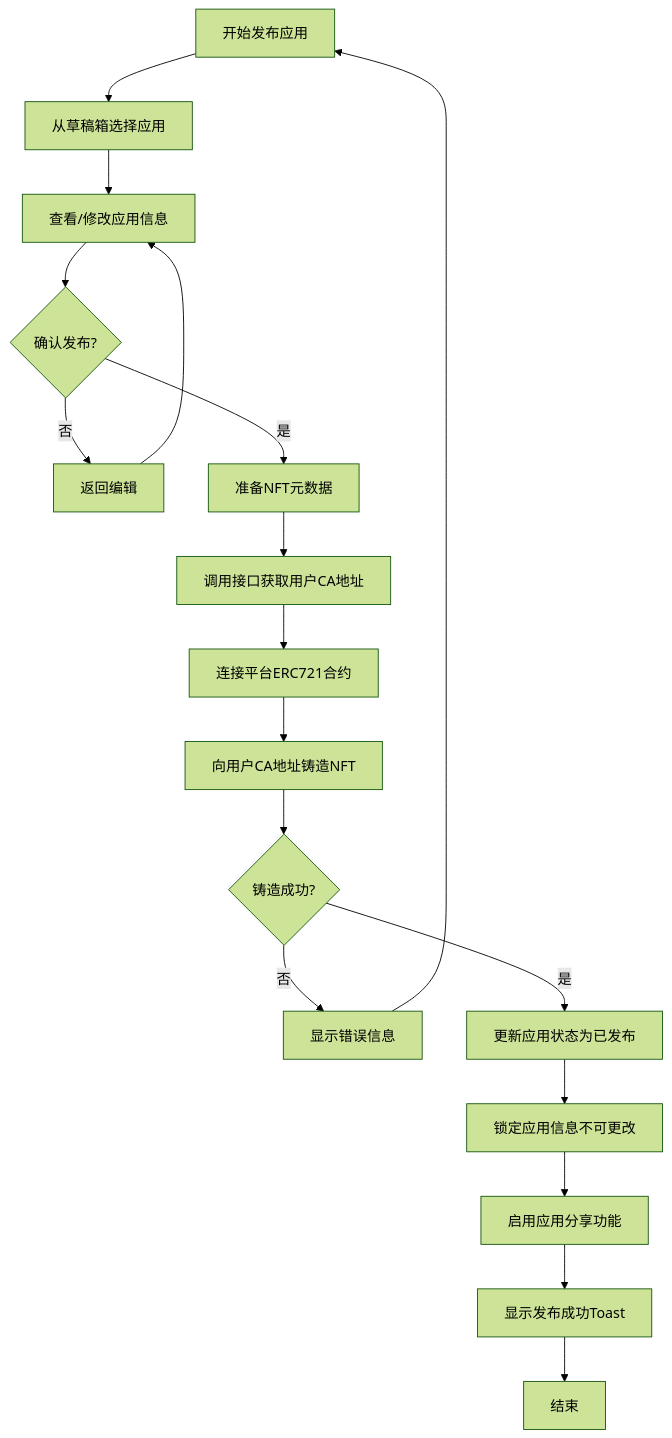
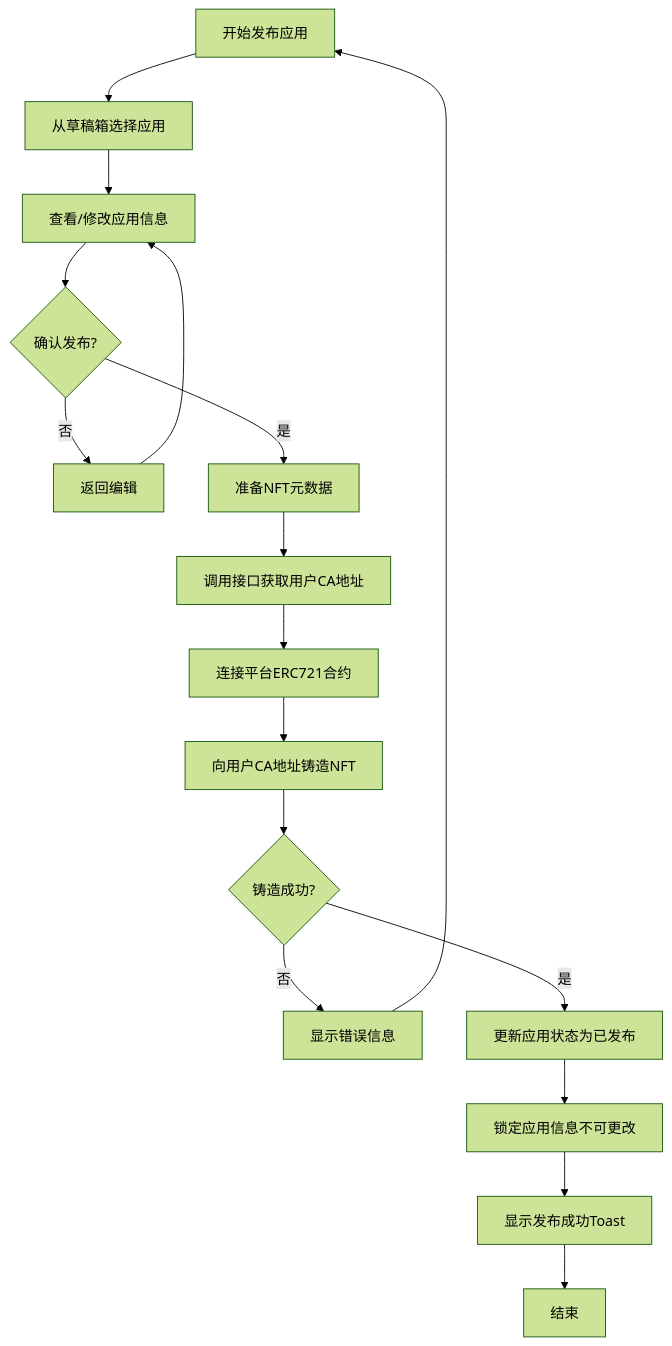
Before and after one commit to yingjianzh/iodraw-files: the diagram in all/未命名-65.md, drawn with Mermaid (forest theme).

Commit message:
2025-05-22 11:22:19 update

````diff
--- a/all/未命名-65.md
+++ b/all/未命名-65.md
@@ -1,20 +1,19 @@
 ```mermaid
 flowchart TD
     A[开始发布应用] --> B[从草稿箱选择应用]
     B --> C[查看/修改应用信息]
     C --> D{确认发布?}
     D -->|否| E[返回编辑]
     E --> C
     D -->|是| F[准备NFT元数据]
     F --> G[调用接口获取用户CA地址]
     G --> H[连接平台ERC721合约]
     H --> I[向用户CA地址铸造NFT]
     I --> J{铸造成功?}
     J -->|否| K[显示错误信息]
     K --> A
     J -->|是| L[更新应用状态为已发布]
     L --> M[锁定应用信息不可更改]
-    M --> N[启用应用分享功能]
-    N --> O[显示发布成功Toast]
+    M --> O[显示发布成功Toast]
     O --> P[结束]
 ```
````
